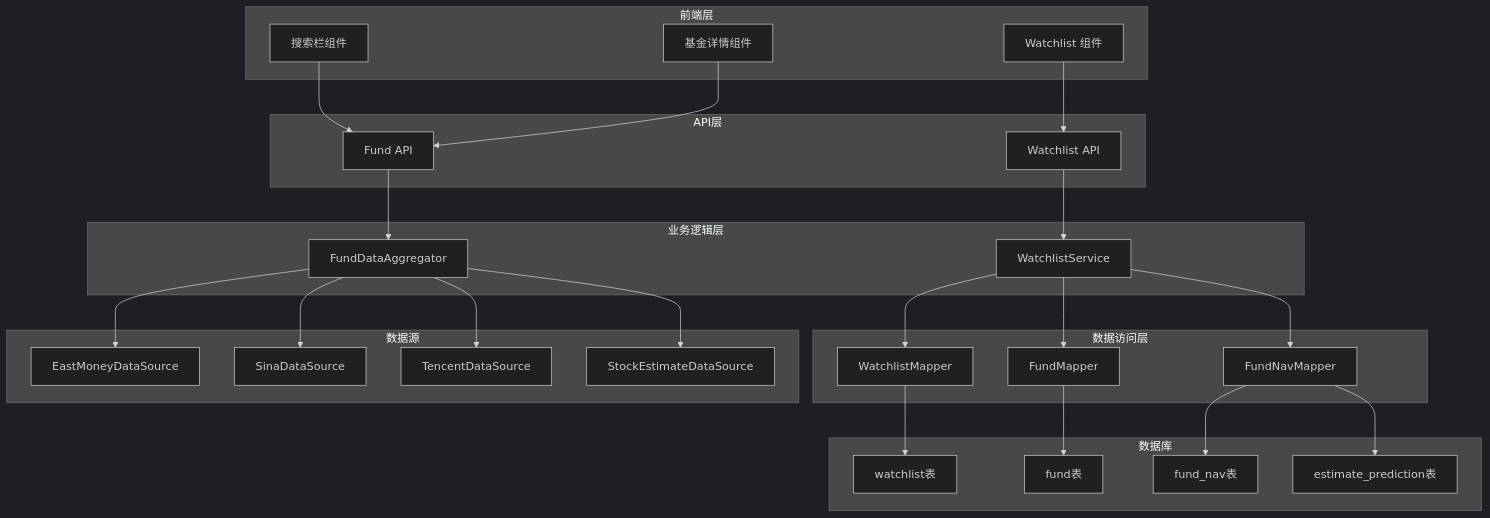
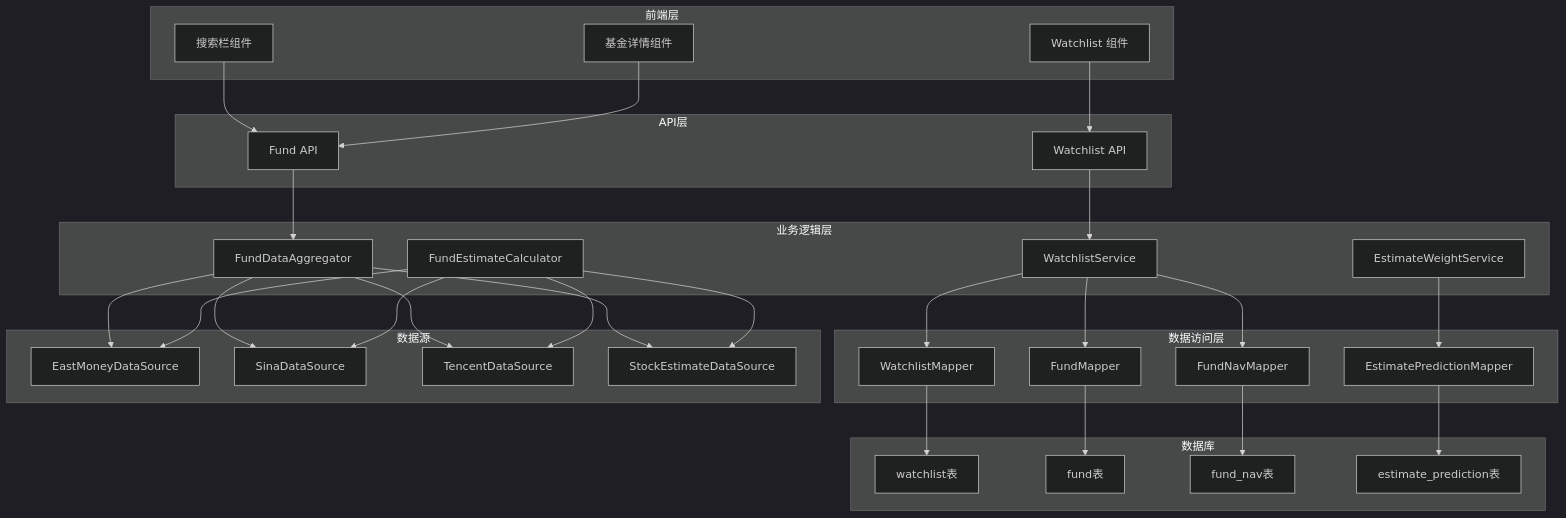
Before and after one commit to gree-coder/fund-butler: the first of 12 diagrams in .qoder/repowiki/zh/content/Watchlist Enhancement.md, drawn with Mermaid (dark theme). The commit also changed other lines of this file and 23 other files, not shown here.

````diff
--- a/.qoder/repowiki/zh/content/Watchlist Enhancement.md
+++ b/.qoder/repowiki/zh/content/Watchlist Enhancement.md
@@ -53,49 +61,57 @@
 ```mermaid
 graph TB
 subgraph "前端层"
 FE1[Watchlist 组件]
 FE2[搜索栏组件]
 FE3[基金详情组件]
 end
 subgraph "API层"
 API1[Watchlist API]
 API2[Fund API]
 end
 subgraph "业务逻辑层"
 SVC1[WatchlistService]
 SVC2[FundDataAggregator]
+SVC3[EstimateWeightService]
+SVC4[FundEstimateCalculator]
 end
 subgraph "数据访问层"
 MAP1[WatchlistMapper]
 MAP2[FundMapper]
 MAP3[FundNavMapper]
+MAP4[EstimatePredictionMapper]
 end
 subgraph "数据源"
 DS1[EastMoneyDataSource]
 DS2[SinaDataSource]
 DS3[TencentDataSource]
 DS4[StockEstimateDataSource]
 end
 subgraph "数据库"
 DB1[watchlist表]
 DB2[fund表]
 DB3[fund_nav表]
 DB4[estimate_prediction表]
 end
 FE1 --> API1
 FE2 --> API2
 FE3 --> API2
 API1 --> SVC1
 API2 --> SVC2
 SVC1 --> MAP1
 SVC1 --> MAP2
 SVC1 --> MAP3
 SVC2 --> DS1
 SVC2 --> DS2
 SVC2 --> DS3
 SVC2 --> DS4
+SVC3 --> MAP4
+SVC4 --> DS1
+SVC4 --> DS2
+SVC4 --> DS3
+SVC4 --> DS4
 MAP1 --> DB1
 MAP2 --> DB2
 MAP3 --> DB3
-MAP3 --> DB4
+MAP4 --> DB4
 ```
````
